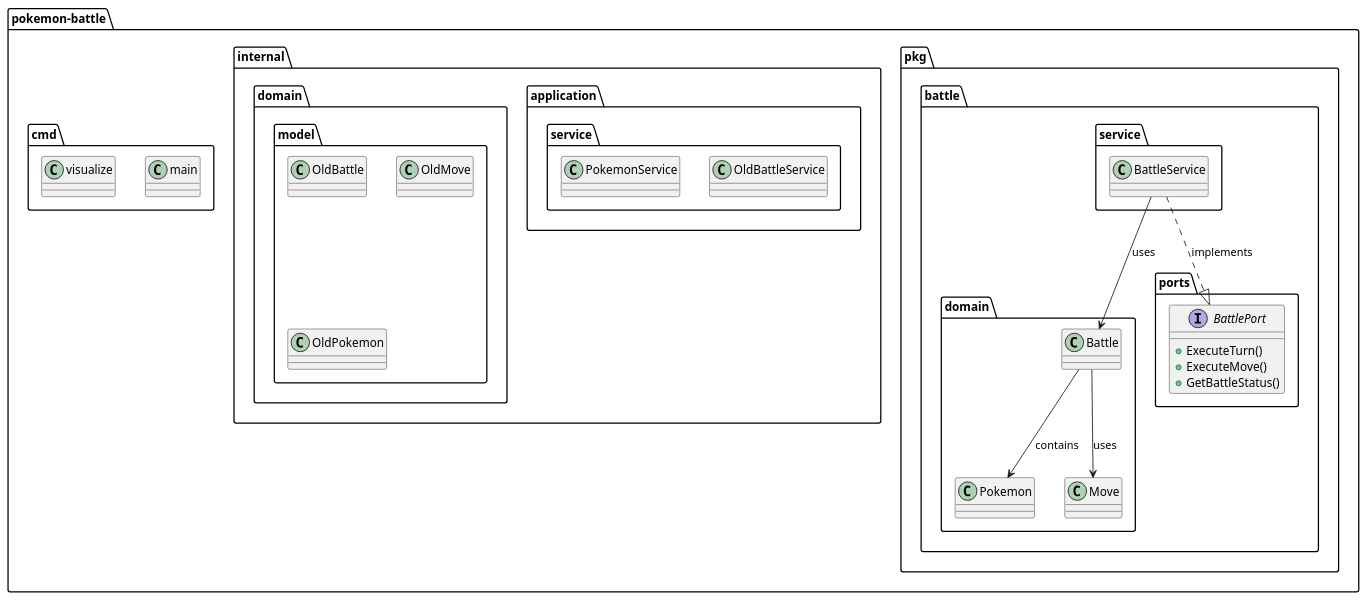
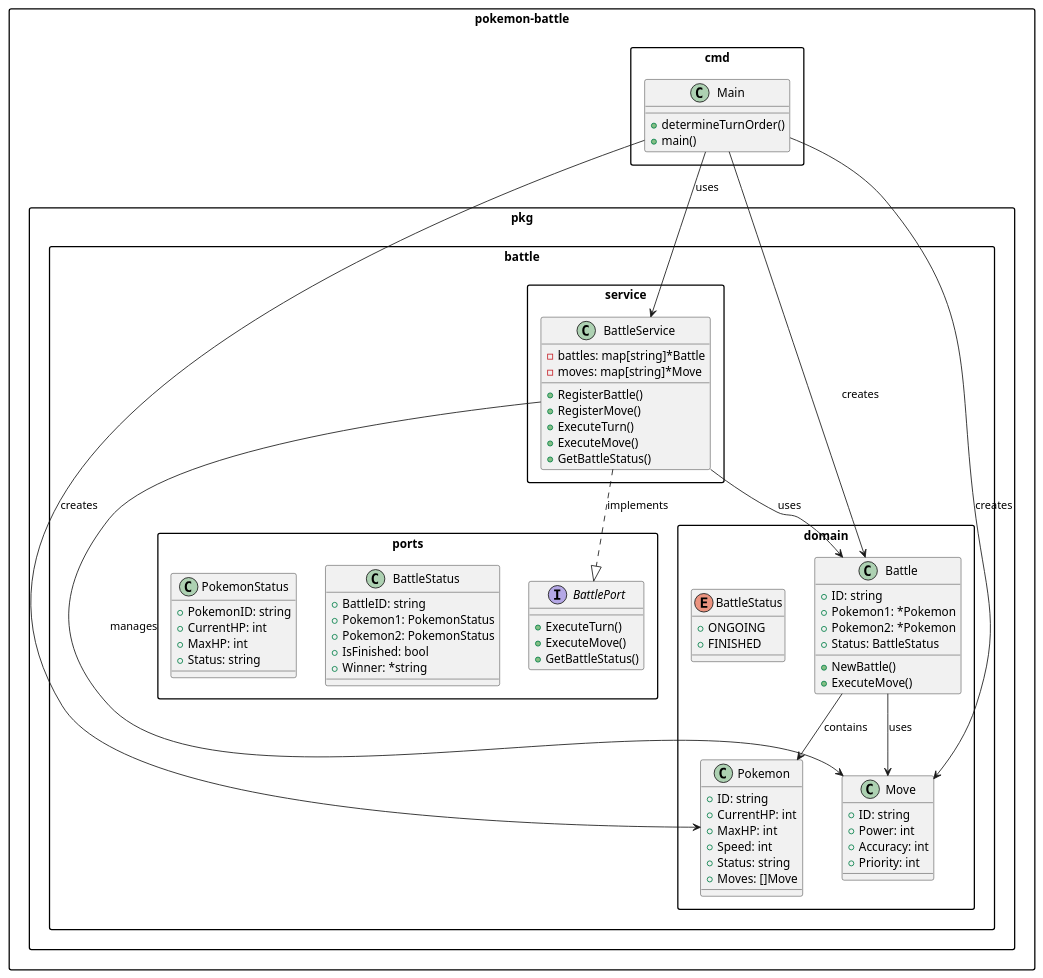
The diagram in doc/package-structure.puml (kouji0705/go_pokemon_ddd), drawn with PlantUML before and after one commit. The commit also changed 3 other files, not shown here.

```diff
--- a/doc/package-structure.puml
+++ b/doc/package-structure.puml
@@ -1,50 +1,97 @@
 @startuml
+
+skinparam packageStyle rectangle
+skinparam componentStyle uml2
+
 package "pokemon-battle" {
     package "pkg" {
         package "battle" {
             package "domain" {
-                class Battle
-                class Pokemon
-                class Move
+                class Battle {
+                    + ID: string
+                    + Pokemon1: *Pokemon
+                    + Pokemon2: *Pokemon
+                    + Status: BattleStatus
+                    + NewBattle()
+                    + ExecuteMove()
+                }
+                
+                class Pokemon {
+                    + ID: string
+                    + CurrentHP: int
+                    + MaxHP: int
+                    + Speed: int
+                    + Status: string
+                    + Moves: []Move
+                }
+                
+                class Move {
+                    + ID: string
+                    + Power: int
+                    + Accuracy: int
+                    + Priority: int
+                }
+
+                enum BattleStatus {
+                    + ONGOING
+                    + FINISHED
+                }
             }
             
             package "ports" {
                 interface BattlePort {
                     + ExecuteTurn()
                     + ExecuteMove()
                     + GetBattleStatus()
                 }
+
+                class BattleStatus {
+                    + BattleID: string
+                    + Pokemon1: PokemonStatus
+                    + Pokemon2: PokemonStatus
+                    + IsFinished: bool
+                    + Winner: *string
+                }
+
+                class PokemonStatus {
+                    + PokemonID: string
+                    + CurrentHP: int
+                    + MaxHP: int
+                    + Status: string
+                }
             }
             
             package "service" {
-                class BattleService
+                class BattleService {
+                    - battles: map[string]*Battle
+                    - moves: map[string]*Move
+                    + RegisterBattle()
+                    + RegisterMove()
+                    + ExecuteTurn()
+                    + ExecuteMove()
+                    + GetBattleStatus()
+                }
             }
         }
     }
     
-    package "internal" {
-        package "application.service" {
-            class OldBattleService
-            class PokemonService
+    package "cmd" {
+        class Main {
+            + determineTurnOrder()
+            + main()
         }
-        
-        package "domain.model" {
-            class OldBattle
-            class OldMove
-            class OldPokemon
-        }
-    }
-    
-    package "cmd" {
-        class main
-        class visualize
     }
 }
 
 ' 依存関係
 BattleService ..|> BattlePort : implements
 BattleService --> Battle : uses
+BattleService --> Move : manages
 Battle --> Pokemon : contains
 Battle --> Move : uses
+Main --> BattleService : uses
+Main --> Battle : creates
+Main --> Pokemon : creates
+Main --> Move : creates
 
 @enduml 
```
